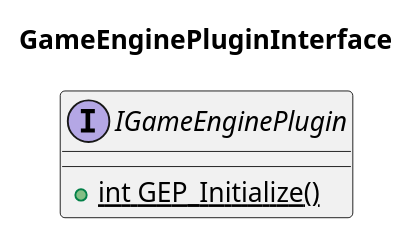
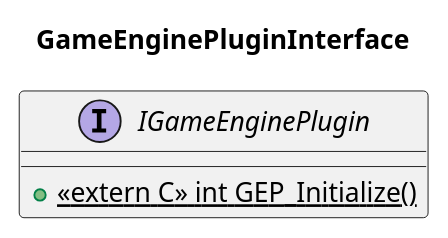
The diagram in GameEnginePlugin/Docs/SourceDiagrams/GameEnginePluginInterface-Class.plantuml (stevostj/Sandbox), drawn with PlantUML before and after one commit. The commit also changed 3 other files, not shown here.

```diff
--- a/GameEnginePlugin/Docs/SourceDiagrams/GameEnginePluginInterface-Class.plantuml
+++ b/GameEnginePlugin/Docs/SourceDiagrams/GameEnginePluginInterface-Class.plantuml
@@ -1,9 +1,9 @@
 @startuml
 
 title "GameEnginePluginInterface"
 
 interface "IGameEnginePlugin"  as IGEP {
-    + {static} int GEP_Initialize()
+    + {static} <<extern C>> int GEP_Initialize()
 }
 
 @enduml
```
